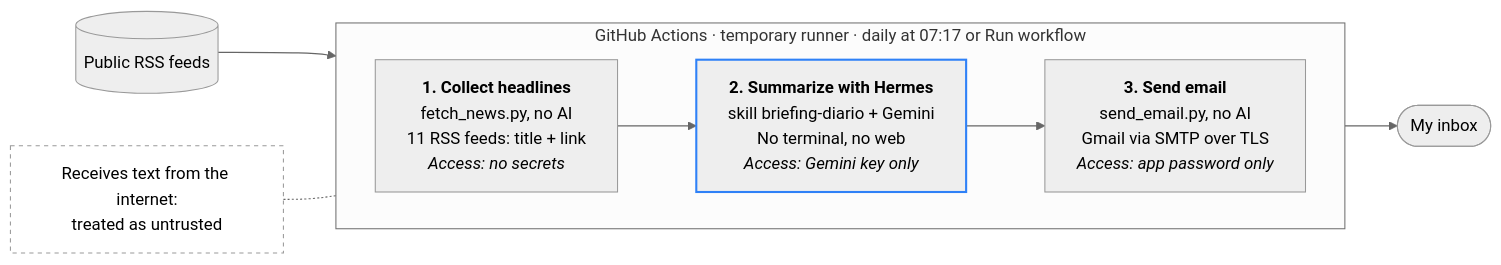
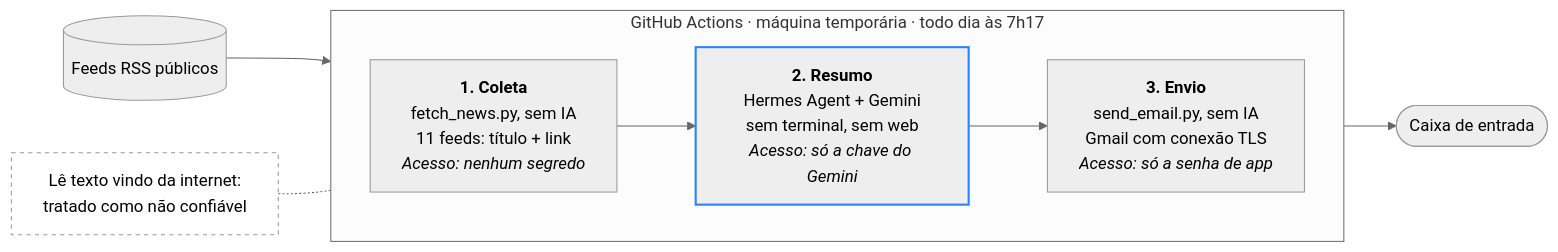
The first of 2 diagrams in README.md (MichelGSS/hermes-briefing-diario), drawn with Mermaid (neutral theme) before and after one commit. The commit also changed other lines of this file, not shown here.

````diff
--- a/README.md
+++ b/README.md
@@ -33,19 +39,19 @@
 ```mermaid
 flowchart LR
-    feeds[("Public RSS feeds")]
-    inbox(["My inbox"])
-    subgraph actions["GitHub Actions · temporary runner · daily at 07:17 or Run workflow"]
+    feeds[("Feeds RSS públicos")]
+    inbox(["Caixa de entrada"])
+    subgraph actions["GitHub Actions · máquina temporária · todo dia às 7h17"]
         direction LR
-        collect["<b>1. Collect headlines</b><br/>fetch_news.py, no AI<br/>11 RSS feeds: title + link<br/><i>Access: no secrets</i>"]
-        hermes["<b>2. Summarize with Hermes</b><br/>skill briefing-diario + Gemini<br/>No terminal, no web<br/><i>Access: Gemini key only</i>"]
-        send["<b>3. Send email</b><br/>send_email.py, no AI<br/>Gmail via SMTP over TLS<br/><i>Access: app password only</i>"]
-        collect --> hermes --> send
+        coleta["<b>1. Coleta</b><br/>fetch_news.py, sem IA<br/>11 feeds: título + link<br/><i>Acesso: nenhum segredo</i>"]
+        resumo["<b>2. Resumo</b><br/>Hermes Agent + Gemini<br/>sem terminal, sem web<br/><i>Acesso: só a chave do Gemini</i>"]
+        envio["<b>3. Envio</b><br/>send_email.py, sem IA<br/>Gmail com conexão TLS<br/><i>Acesso: só a senha de app</i>"]
+        coleta --> resumo --> envio
     end
-    feeds --> collect
-    send --> inbox
-    untrusted["Receives text from the internet:<br/>treated as untrusted"] -.- hermes
-    classDef ai stroke:#2f81f7,stroke-width:2px
-    classDef dashed fill:none,stroke-dasharray:4 4
-    class hermes ai
-    class untrusted dashed
+    feeds --> coleta
+    envio --> inbox
+    aviso["Lê texto vindo da internet:<br/>tratado como não confiável"] -.- resumo
+    classDef ia stroke:#2f81f7,stroke-width:2px
+    classDef nota fill:none,stroke-dasharray:4 4
+    class resumo ia
+    class aviso nota
 ```
````
